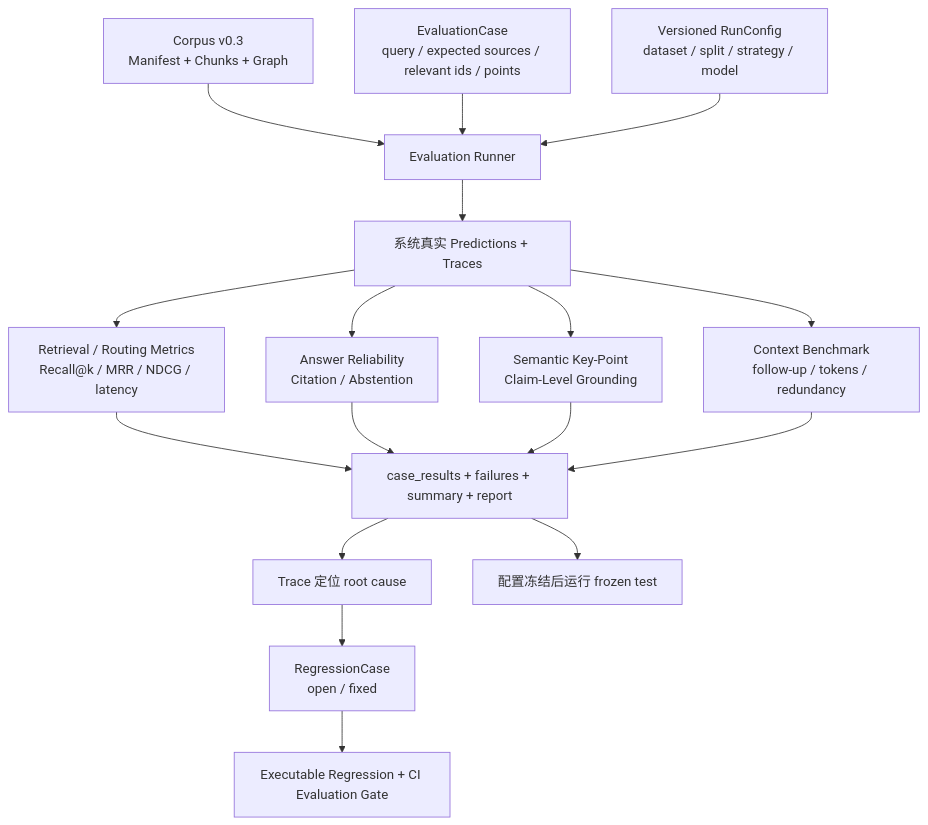
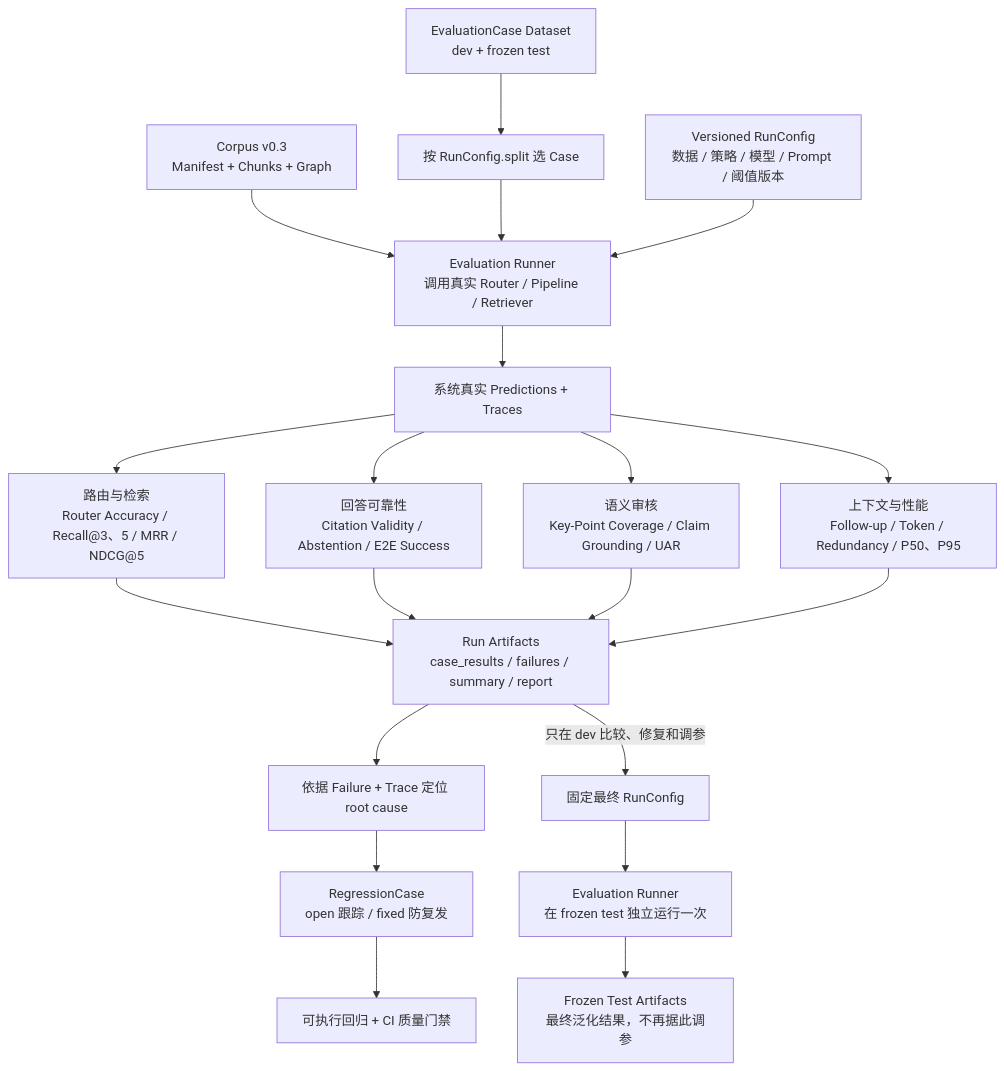
The third of 4 diagrams in docs/overview/architecture_diagram.md (1hao1hao/Agent_for_Job_Application), drawn with Mermaid before and after one commit. The commit also changed other lines of this file and 77 other files, not shown here.

Commit message:
refactor: calibrate adaptive retrieval and evaluation gates

````diff
--- a/docs/overview/architecture_diagram.md
+++ b/docs/overview/architecture_diagram.md
@@ -90,19 +90,22 @@
 ```mermaid
 flowchart TD
-    CORPUS["Corpus v0.3<br/>Manifest + Chunks + Graph"] --> RUNNER["Evaluation Runner"]
-    CASE["EvaluationCase<br/>query / expected sources / relevant ids / points"] --> RUNNER
-    CONFIG["Versioned RunConfig<br/>dataset / split / strategy / model"] --> RUNNER
+    CORPUS["Corpus v0.3<br/>Manifest + Chunks + Graph"] --> RUNNER["Evaluation Runner<br/>调用真实 Router / Pipeline / Retriever"]
+    CASE["EvaluationCase Dataset<br/>dev + frozen test"] --> SPLIT["按 RunConfig.split 选 Case"]
+    SPLIT --> RUNNER
+    CONFIG["Versioned RunConfig<br/>数据 / 策略 / 模型 / Prompt / 阈值版本"] --> RUNNER
     RUNNER --> PRED["系统真实 Predictions + Traces"]
-    PRED --> RETM["Retrieval / Routing Metrics<br/>Recall@k / MRR / NDCG / latency"]
-    PRED --> RELM["Answer Reliability<br/>Citation / Abstention"]
-    PRED --> AUDIT["Semantic Key-Point<br/>Claim-Level Grounding"]
-    PRED --> CTX["Context Benchmark<br/>follow-up / tokens / redundancy"]
-    RETM --> ART["case_results + failures + summary + report"]
+    PRED --> RETM["路由与检索<br/>Router Accuracy / Recall@3、5 / MRR / NDCG@5"]
+    PRED --> RELM["回答可靠性<br/>Citation Validity / Abstention / E2E Success"]
+    PRED --> AUDIT["语义审核<br/>Key-Point Coverage / Claim Grounding / UAR"]
+    PRED --> CTX["上下文与性能<br/>Follow-up / Token / Redundancy / P50、P95"]
+    RETM --> ART["Run Artifacts<br/>case_results / failures / summary / report"]
     RELM --> ART
     AUDIT --> ART
     CTX --> ART
-    ART --> ROOT["Trace 定位 root cause"]
-    ROOT --> REG["RegressionCase<br/>open / fixed"]
-    REG --> CI["Executable Regression + CI Evaluation Gate"]
-    ART --> FREEZE["配置冻结后运行 frozen test"]
+    ART --> ROOT["依据 Failure + Trace 定位 root cause"]
+    ROOT --> REG["RegressionCase<br/>open 跟踪 / fixed 防复发"]
+    REG --> CI["可执行回归 + CI 质量门禁"]
+    ART -->|只在 dev 比较、修复和调参| FIX["固定最终 RunConfig"]
+    FIX --> TEST["Evaluation Runner<br/>在 frozen test 独立运行一次"]
+    TEST --> TESTART["Frozen Test Artifacts<br/>最终泛化结果，不再据此调参"]
 ```
````
